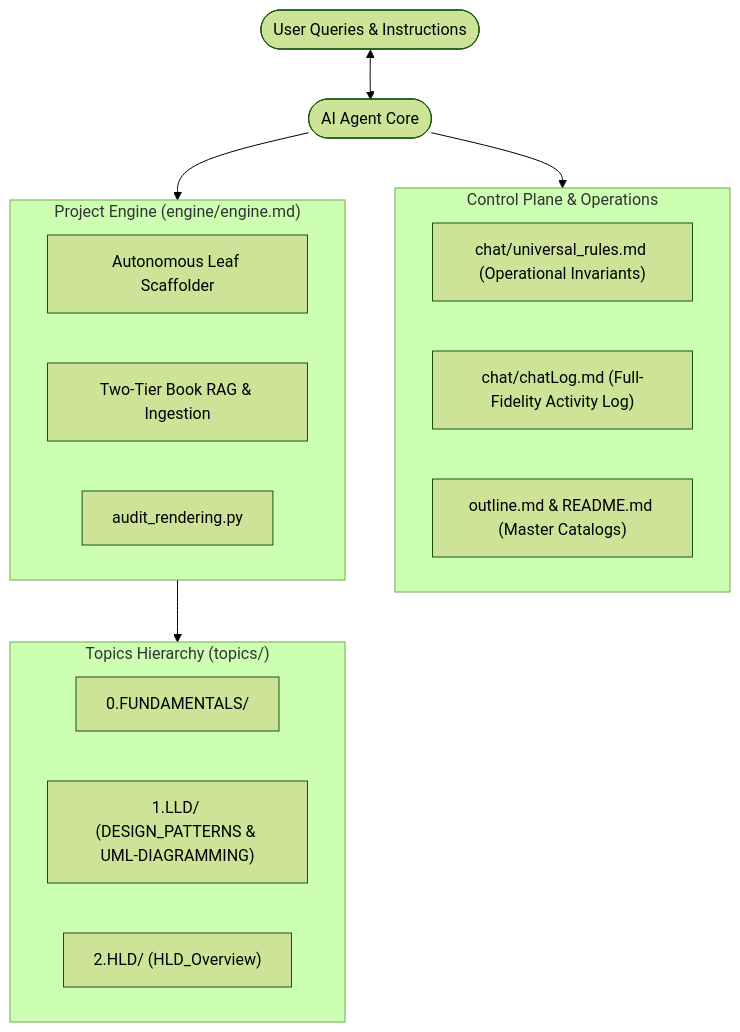
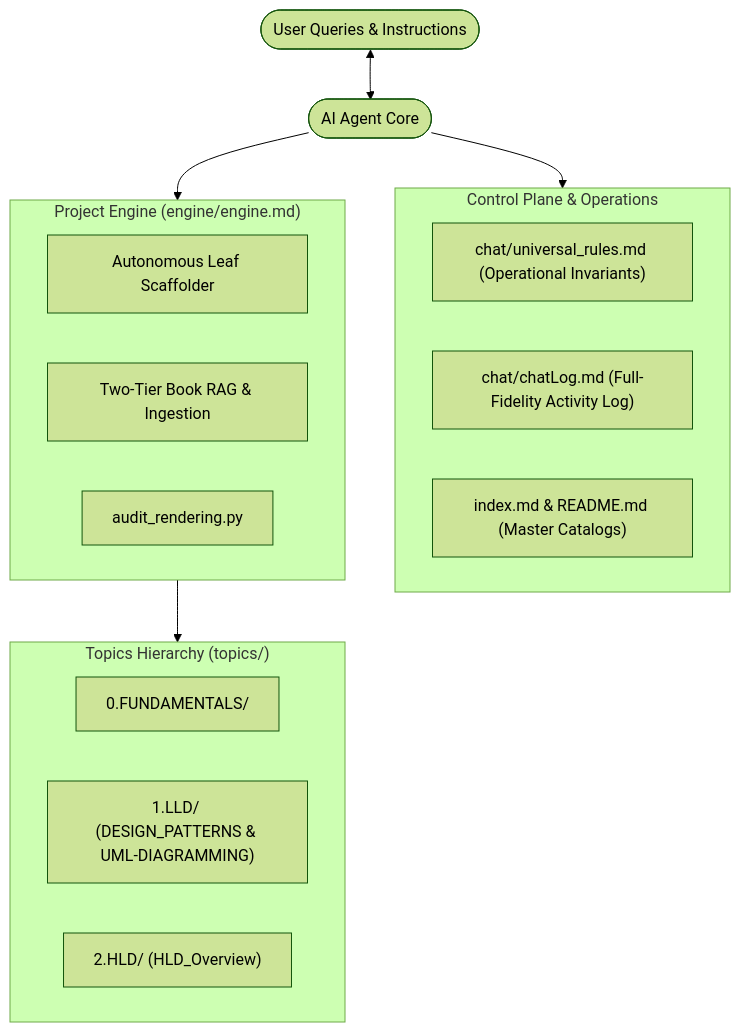
One commit to AkmKawser/System-Design changed the diagram in README.md. Above: the diagram before and after it, drawn with Mermaid (forest theme). The commit also changed other lines of this file and 5 other files, not shown here.

Commit message:
refactor(nav): rename master outline.md to index.md and fix percent-encoded URLs

````diff
--- a/README.md
+++ b/README.md
@@ -17,26 +17,26 @@
 ```mermaid
 flowchart TD
     User(["User Queries & Instructions"]) <--> Agent(["AI Agent Core"])
     
     subgraph Control_Plane ["Control Plane & Operations"]
         Rules["chat/universal_rules.md (Operational Invariants)"]
         ChatLog["chat/chatLog.md (Full-Fidelity Activity Log)"]
-        Nav["outline.md & README.md (Master Catalogs)"]
+        Nav["index.md & README.md (Master Catalogs)"]
     end
     
     subgraph Execution_Engine ["Project Engine (engine/engine.md)"]
         Scaffold["Autonomous Leaf Scaffolder"]
         Ingestion["Two-Tier Book RAG & Ingestion"]
         Auditor["audit_rendering.py"]
     end
     
     subgraph Knowledge_Domain ["Topics Hierarchy (topics/)"]
         Fundamentals["0.FUNDAMENTALS/"]
         LLD["1.LLD/ (DESIGN_PATTERNS & UML-DIAGRAMMING)"]
         HLD["2.HLD/ (HLD_Overview)"]
     end
 
     Agent --> Control_Plane
     Agent --> Execution_Engine
     Execution_Engine --> Knowledge_Domain
 ```
````
